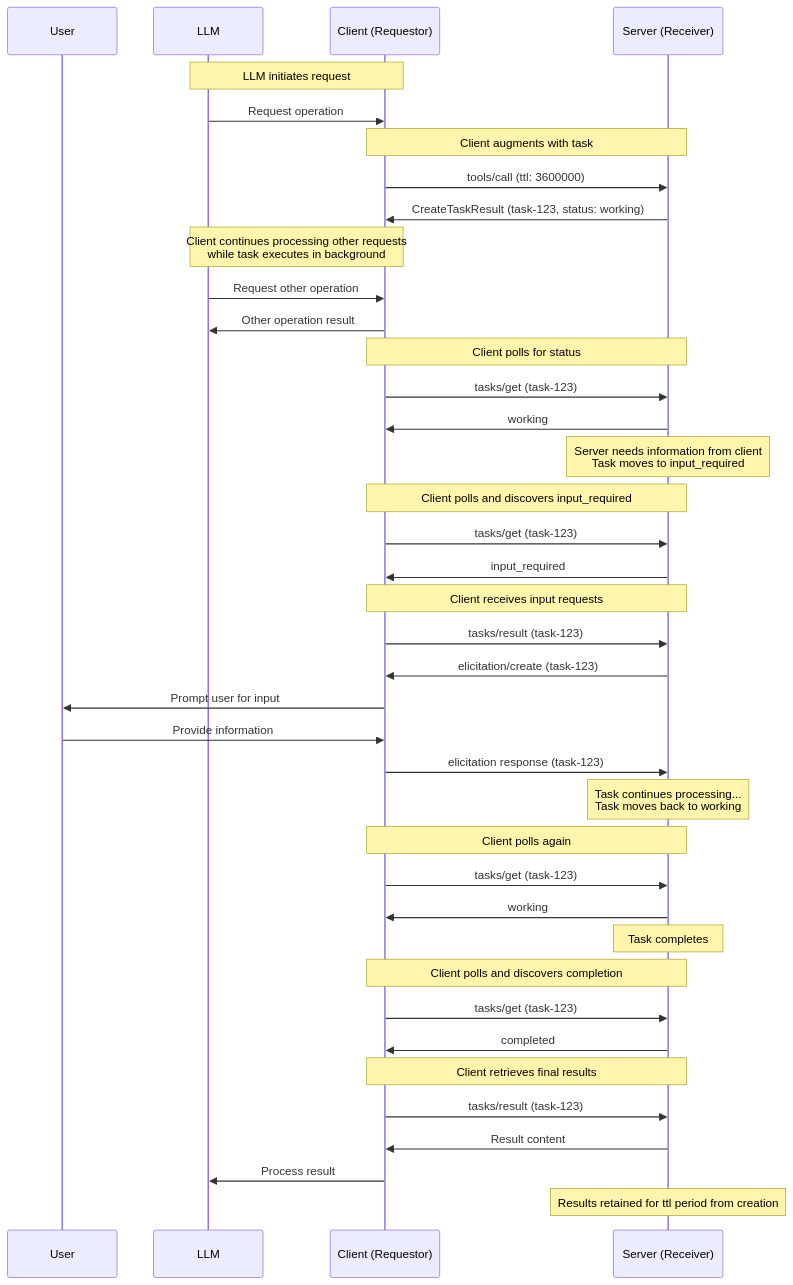
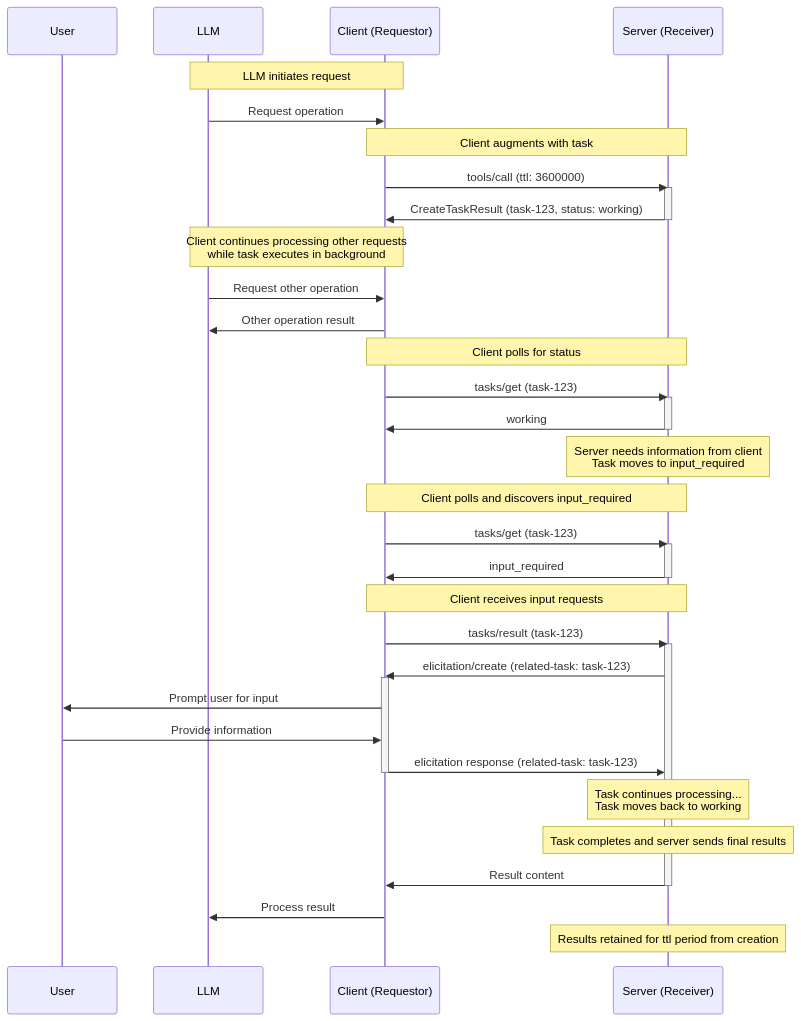
Before and after one commit to scottslewis/modelcontextprotocol: the third of 5 diagrams in docs/specification/draft/basic/utilities/tasks.mdx, drawn with Mermaid. The commit also changed other lines of this file, not shown here.

Commit message:
Clarify request lifetimes in task diagrams

````diff
--- a/docs/specification/draft/basic/utilities/tasks.mdx
+++ b/docs/specification/draft/basic/utilities/tasks.mdx
@@ -504,54 +514,54 @@
 ```mermaid
 sequenceDiagram
     participant U as User
     participant LLM
     participant C as Client (Requestor)
     participant S as Server (Receiver)
 
     Note over LLM,C: LLM initiates request
     LLM->>C: Request operation
 
     Note over C,S: Client augments with task
     C->>S: tools/call (ttl: 3600000)
+    activate S
     S->>C: CreateTaskResult (task-123, status: working)
+    deactivate S
 
     Note over LLM,C: Client continues processing other requests<br/>while task executes in background
     LLM->>C: Request other operation
     C->>LLM: Other operation result
 
     Note over C,S: Client polls for status
     C->>S: tasks/get (task-123)
+    activate S
     S->>C: working
+    deactivate S
 
     Note over S: Server needs information from client<br/>Task moves to input_required
 
     Note over C,S: Client polls and discovers input_required
     C->>S: tasks/get (task-123)
+    activate S
     S->>C: input_required
+    deactivate S
 
     Note over C,S: Client receives input requests
     C->>S: tasks/result (task-123)
-    S->>C: elicitation/create (task-123)
+    activate S
+    S->>C: elicitation/create (related-task: task-123)
+    activate C
     C->>U: Prompt user for input
     U->>C: Provide information
-    C->>S: elicitation response (task-123)
+    C->>S: elicitation response (related-task: task-123)
+    deactivate C
 
     Note over S: Task continues processing...<br/>Task moves back to working
 
-    Note over C,S: Client polls again
-    C->>S: tasks/get (task-123)
-    S->>C: working
+    Note over S: Task completes and server sends final results
 
-    Note over S: Task completes
-
-    Note over C,S: Client polls and discovers completion
-    C->>S: tasks/get (task-123)
-    S->>C: completed
-
-    Note over C,S: Client retrieves final results
-    C->>S: tasks/result (task-123)
     S->>C: Result content
+    deactivate S
     C->>LLM: Process result
 
     Note over S: Results retained for ttl period from creation
 ```
````
